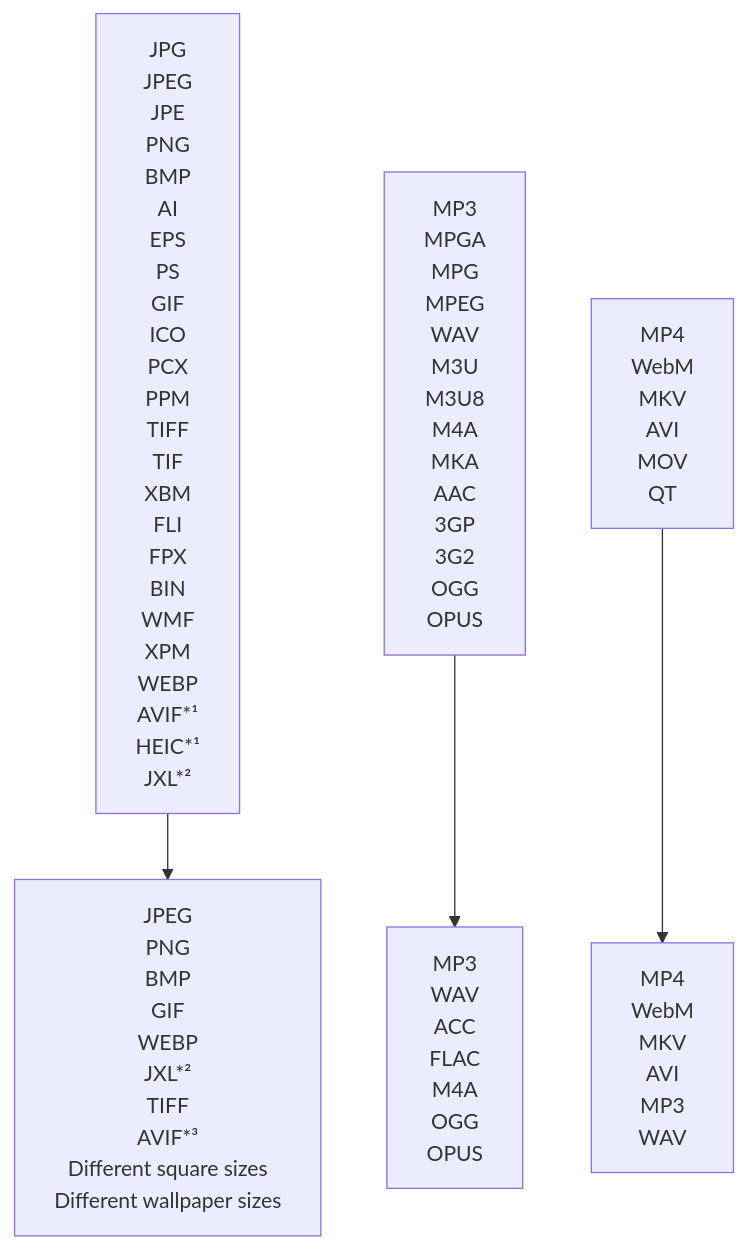
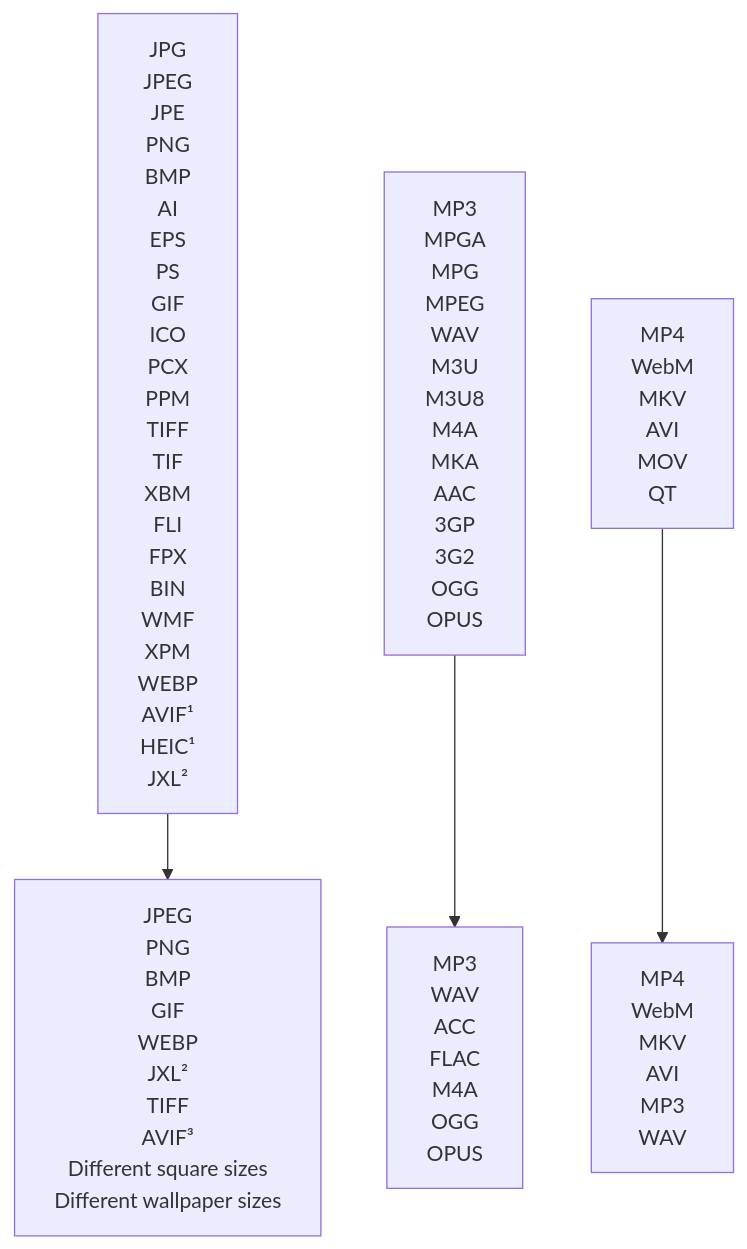
The diagram in README.md (Lich-Corals/linux-file-converter-addon), drawn with Mermaid before and after one commit. The commit also changed other lines of this file, not shown here.

````diff
--- a/README.md
+++ b/README.md
@@ -13,21 +13,21 @@
 ```mermaid
     flowchart TD
     A[Supported Image Files]
     B[Supported Audio Files]
     C[Supported Video Files]
     D[image]
     E[audio]
     F[video]
 
-    A["JPG<br/>JPEG<br/>JPE<br/>PNG<br/>BMP<br/>AI<br/>EPS<br/>PS<br/>GIF<br/>ICO<br/>PCX<br/>PPM<br/>TIFF<br/>TIF<br/>XBM<br/>FLI<br/>FPX<br/>BIN<br/>WMF<br/>XPM<br/>WEBP<br/>AVIF*¹<br/>HEIC*¹<br/>JXL*²"]
+    A["JPG<br/>JPEG<br/>JPE<br/>PNG<br/>BMP<br/>AI<br/>EPS<br/>PS<br/>GIF<br/>ICO<br/>PCX<br/>PPM<br/>TIFF<br/>TIF<br/>XBM<br/>FLI<br/>FPX<br/>BIN<br/>WMF<br/>XPM<br/>WEBP<br/>AVIF¹<br/>HEIC¹<br/>JXL²"]
     B["MP3<br/>MPGA<br/>MPG<br/>MPEG<br/>WAV<br/>M3U<br/>M3U8<br/>M4A<br/>MKA<br/>AAC<br/>3GP<br/>3G2<br/>OGG<br/>OPUS"]
     C["MP4<br/>WebM<br/>MKV<br/>AVI<br/>MOV<br/>QT"]
 
-    D["JPEG<br/>PNG<br/>BMP<br/>GIF<br/>WEBP<br/>JXL*²<br/>TIFF<br/>AVIF*³<br/>Different square sizes<br/>Different wallpaper sizes"]
+    D["JPEG<br/>PNG<br/>BMP<br/>GIF<br/>WEBP<br/>JXL²<br/>TIFF<br/>AVIF³<br/>Different square sizes<br/>Different wallpaper sizes"]
     E["MP3<br/>WAV<br/>ACC<br/>FLAC<br/>M4A<br/>OGG<br/>OPUS"]
     F["MP4<br/>WebM<br/>MKV<br/>AVI<br/>MP3<br/>WAV"]
 
     A --> D
     B --> E
     C --> F
 ```
````
